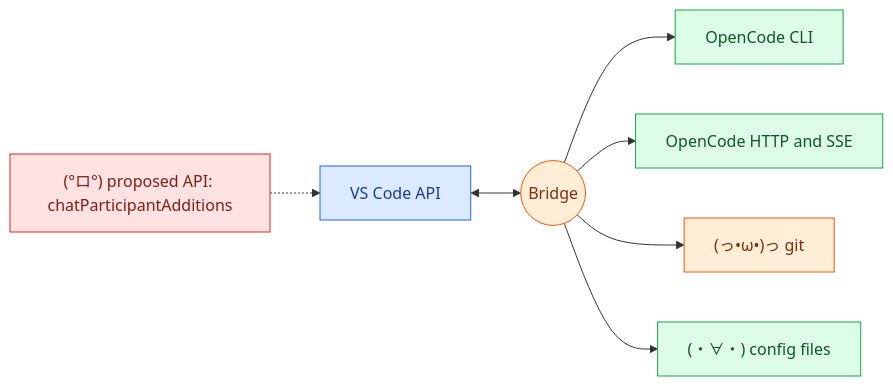
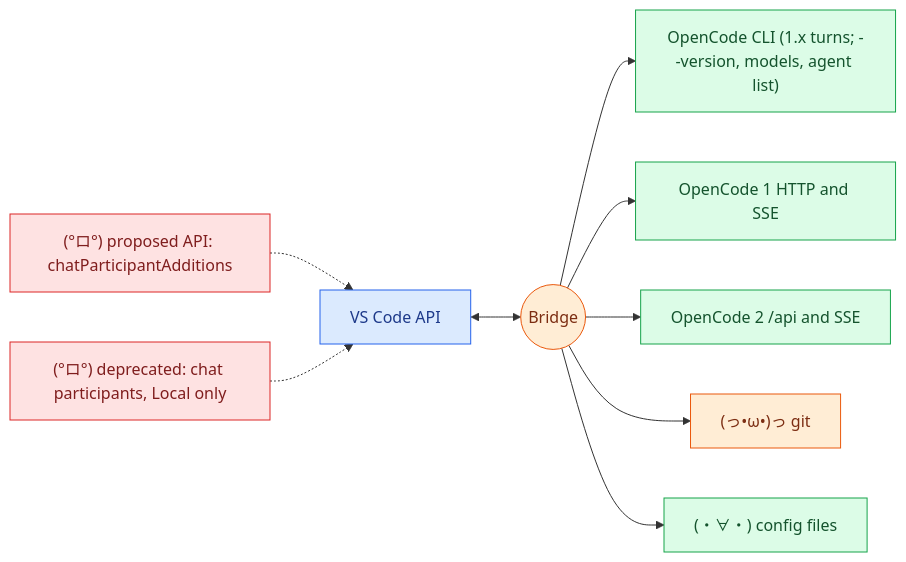
Before and after one commit to Artsrun/oc-copilot: the diagram in docs/flow/05-apis.md, drawn with Mermaid. The commit also changed other lines of this file and 18 other files, not shown here.

First line of the commit message:
Docs: flow pages, README, AGENTS and notes brought up to 0.0.236

````diff
--- a/docs/flow/05-apis.md
+++ b/docs/flow/05-apis.md
@@ -5,22 +5,26 @@
 ```mermaid
 flowchart LR
   classDef host fill:#dbeafe,stroke:#2563eb,color:#1e3a8a
   classDef bridge fill:#ffedd5,stroke:#ea580c,color:#7c2d12
   classDef oc fill:#dcfce7,stroke:#16a34a,color:#14532d
   classDef risk fill:#fee2e2,stroke:#dc2626,color:#7f1d1d
 
   VS["VS Code API"]:::host
   BR(("Bridge")):::bridge
-  CLI["OpenCode CLI"]:::oc
-  HTTP["OpenCode HTTP and SSE"]:::oc
+  CLI["OpenCode CLI (1.x turns; --version, models, agent list)"]:::oc
+  HTTP1["OpenCode 1 HTTP and SSE"]:::oc
+  HTTP2["OpenCode 2 /api and SSE"]:::oc
   GIT["(っ•ω•)っ git"]:::bridge
   FS["(・∀・) config files"]:::oc
   PR["(°ロ°) proposed API: chatParticipantAdditions"]:::risk
+  DP["(°ロ°) deprecated: chat participants, Local only"]:::risk
 
   VS <--> BR
   PR -.-> VS
+  DP -.-> VS
   BR --> CLI
-  BR --> HTTP
+  BR --> HTTP1
+  BR --> HTTP2
   BR --> GIT
   BR --> FS
 ```
````
